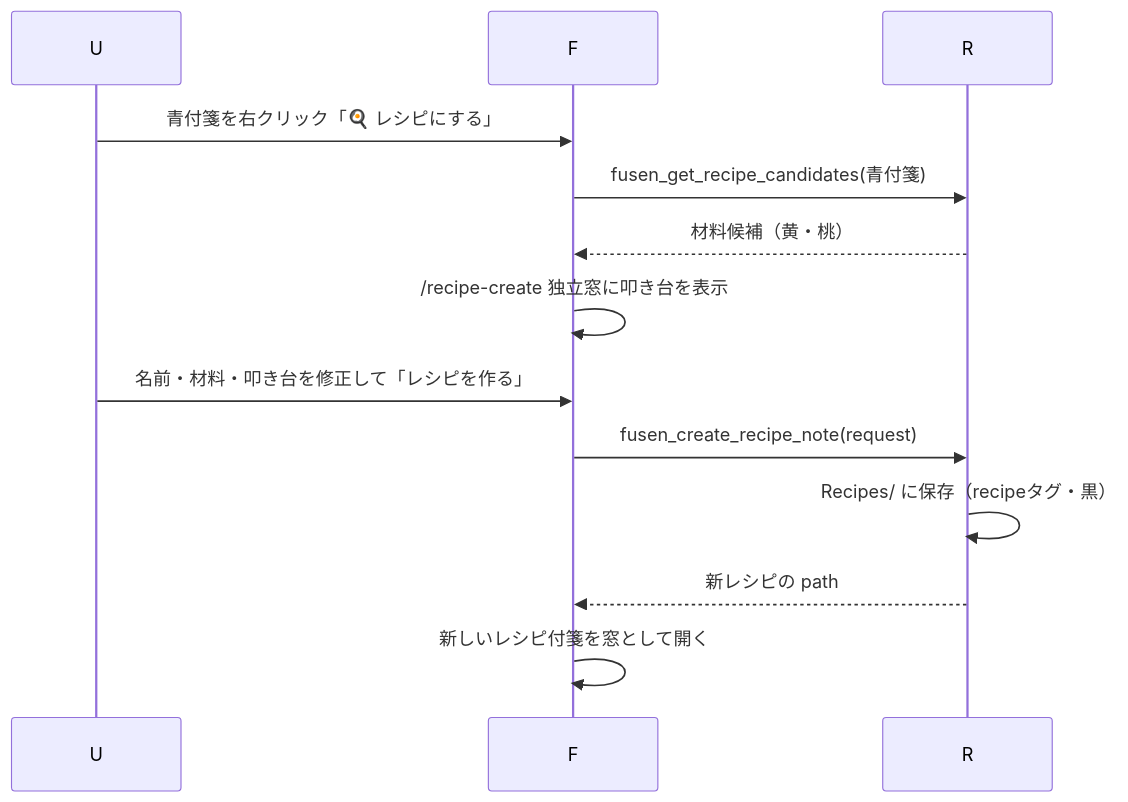
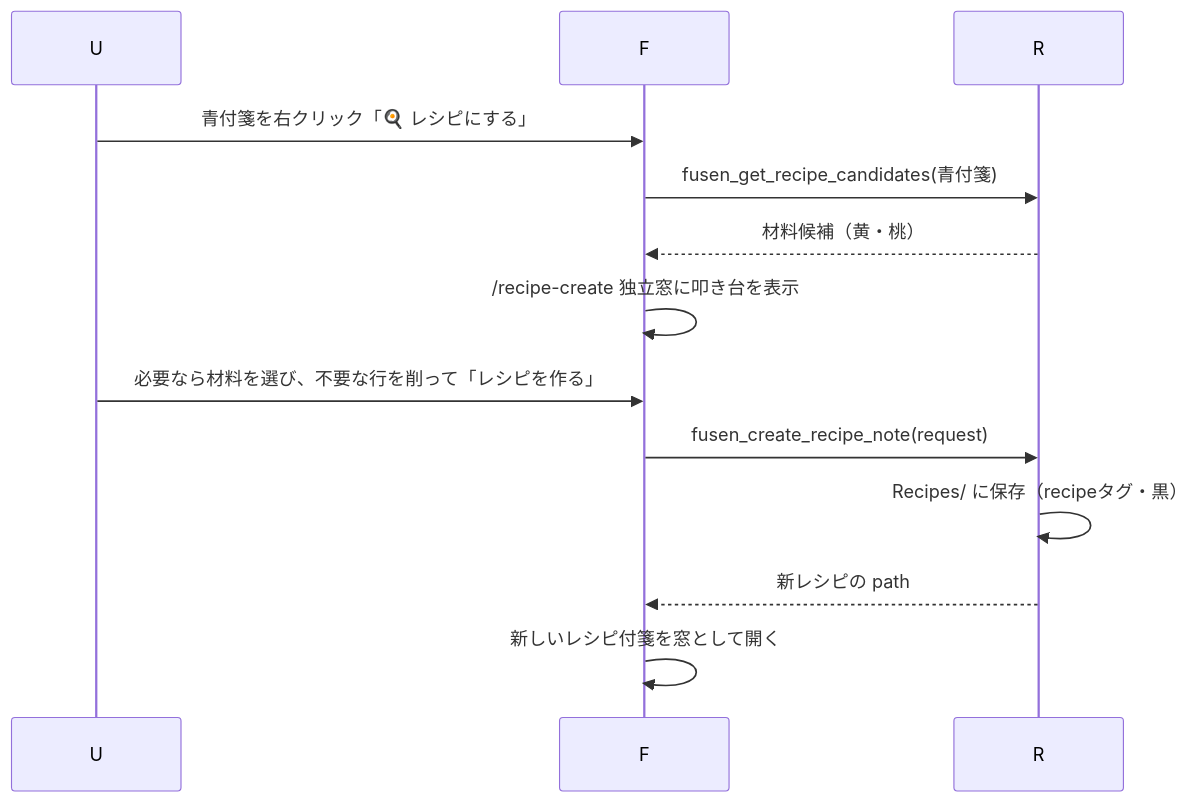
Diagram 13 of 16 in docs-v2/002_PC.md (ore-no-fusen/ore-no-fusen), drawn with Mermaid before and after one commit. The commit also changed other lines of this file and 25 other files, not shown here.

````diff
--- a/docs-v2/002_PC.md
+++ b/docs-v2/002_PC.md
@@ -1305,15 +1332,15 @@
 ```mermaid
 sequenceDiagram
     participant U as U
     participant F as F
     participant R as R
     U->>F: 青付箋を右クリック「🍳 レシピにする」
     F->>R: fusen_get_recipe_candidates(青付箋)
     R-->>F: 材料候補（黄・桃）
     F->>F: /recipe-create 独立窓に叩き台を表示
-    U->>F: 名前・材料・叩き台を修正して「レシピを作る」
+    U->>F: 必要なら材料を選び、不要な行を削って「レシピを作る」
     F->>R: fusen_create_recipe_note(request)
     R->>R: Recipes/ に保存（recipeタグ・黒）
     R-->>F: 新レシピの path
     F->>F: 新しいレシピ付箋を窓として開く
 ```
````
